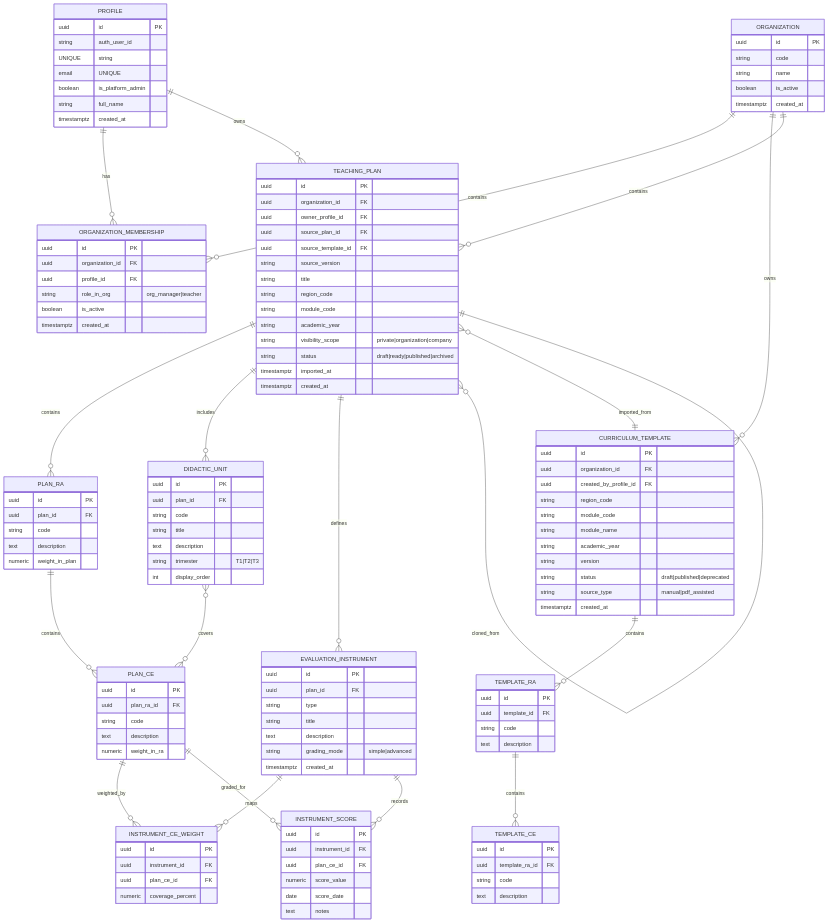
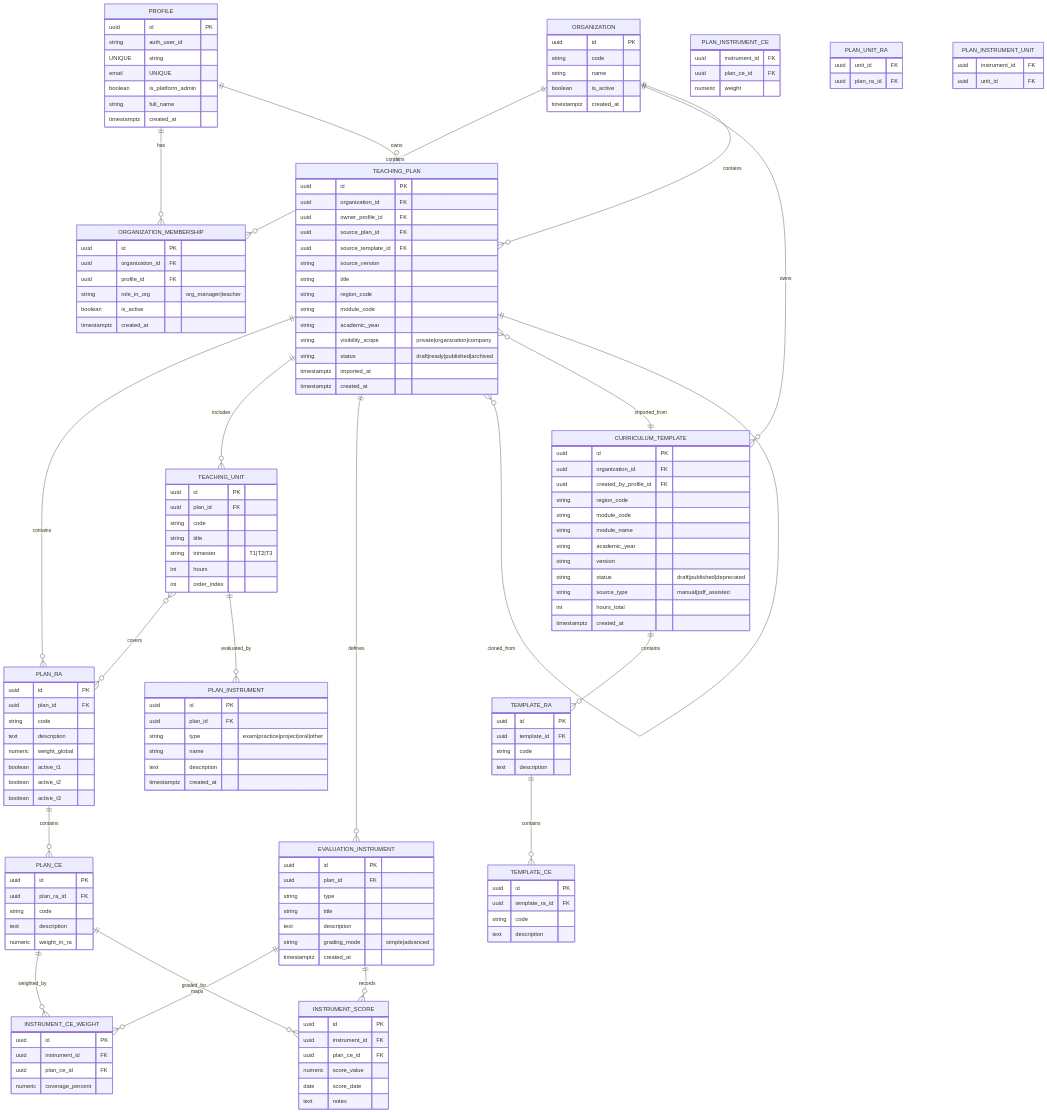
One commit to smontes-profe/Program-Planner changed the second of 4 diagrams in docs/ARCHITECTURE.md. Above: the diagram before and after it, drawn with Mermaid. The commit also changed 3 other files, not shown here.

```diff
--- a/docs/ARCHITECTURE.md
+++ b/docs/ARCHITECTURE.md
@@ -50,8 +50,9 @@
     TEACHING_PLAN ||--o{ PLAN_RA : contains
     PLAN_RA ||--o{ PLAN_CE : contains
 
-    TEACHING_PLAN ||--o{ DIDACTIC_UNIT : includes
-    DIDACTIC_UNIT }o--o{ PLAN_CE : covers
+    TEACHING_PLAN ||--o{ TEACHING_UNIT : includes
+    TEACHING_UNIT }o--o{ PLAN_RA : covers
+    TEACHING_UNIT ||--o{ PLAN_INSTRUMENT : evaluated_by
 
     TEACHING_PLAN ||--o{ EVALUATION_INSTRUMENT : defines
     EVALUATION_INSTRUMENT ||--o{ INSTRUMENT_CE_WEIGHT : maps
@@ -100,6 +101,7 @@
         string version
         string status "draft|published|deprecated"
         string source_type "manual|pdf_assisted"
+        int hours_total
         timestamptz created_at
     }
 
@@ -139,7 +141,10 @@
         uuid plan_id FK
         string code
         text description
-        numeric weight_in_plan
+        numeric weight_global
+        boolean active_t1
+        boolean active_t2
+        boolean active_t3
     }
 
     PLAN_CE {
@@ -150,14 +155,39 @@
         numeric weight_in_ra
     }
 
-    DIDACTIC_UNIT {
+    TEACHING_UNIT {
         uuid id PK
         uuid plan_id FK
         string code
         string title
+        string trimester "T1|T2|T3"
+        int hours
+        int order_index
+    }
+
+    PLAN_INSTRUMENT {
+        uuid id PK
+        uuid plan_id FK
+        string type "exam|practice|project|oral|other"
+        string name
         text description
-        string trimester "T1|T2|T3"
-        int display_order
+        timestamptz created_at
+    }
+
+    PLAN_INSTRUMENT_CE {
+        uuid instrument_id FK
+        uuid plan_ce_id FK
+        numeric weight
+    }
+
+    PLAN_UNIT_RA {
+        uuid unit_id FK
+        uuid plan_ra_id FK
+    }
+
+    PLAN_INSTRUMENT_UNIT {
+        uuid instrument_id FK
+        uuid unit_id FK
     }
 
     EVALUATION_INSTRUMENT {
```
